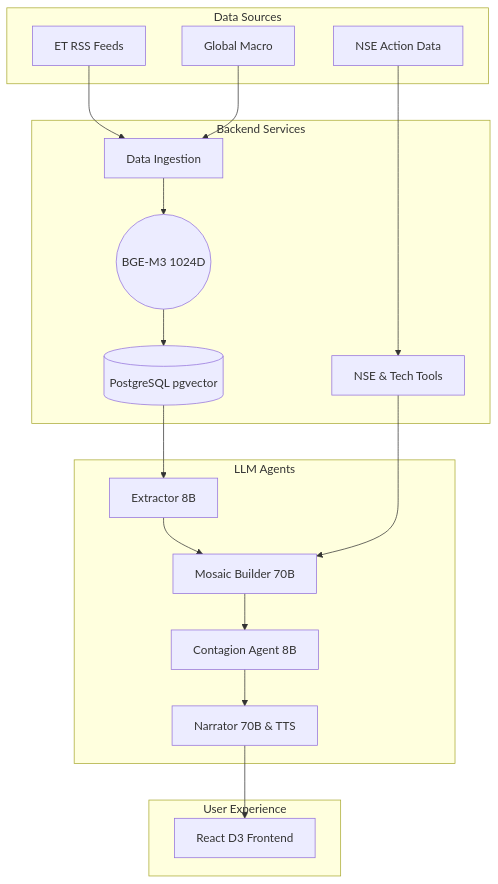
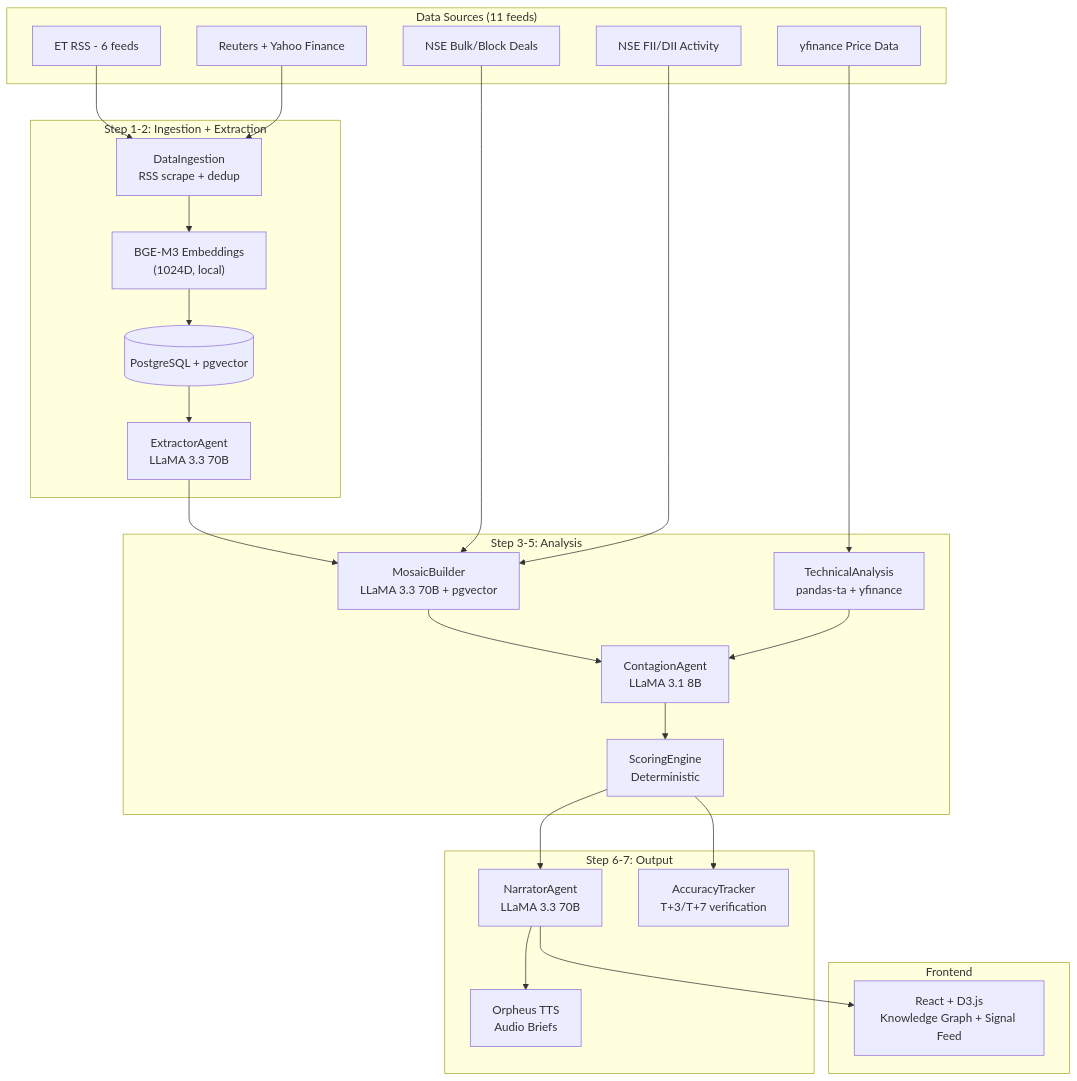
The diagram in README.md (Sid-V5/et-mosaic), drawn with Mermaid before and after one commit. The commit also changed other lines of this file and 55 other files, not shown here.

````diff
--- a/README.md
+++ b/README.md
@@ -12,41 +17,50 @@
 ```mermaid
 graph TD
-    subgraph Data Sources
-        RSS[ET RSS Feeds]
-        Yahoo[Global Macro]
-        NSE[NSE Action Data]
+    subgraph "Data Sources (11 feeds)"
+        RSS[ET RSS - 6 feeds]
+        Global[Reuters + Yahoo Finance]
+        NSE[NSE Bulk/Block Deals]
+        FII[NSE FII/DII Activity]
+        YF[yfinance Price Data]
     end
 
-    subgraph Backend Services
-        Ingest[Data Ingestion]
-        embed((BGE-M3 1024D))
-        pg[(PostgreSQL pgvector)]
-        NSEService[NSE & Tech Tools]
+    subgraph "Step 1-2: Ingestion + Extraction"
+        Ingest[DataIngestion<br/>RSS scrape + dedup]
+        Embed["BGE-M3 Embeddings<br/>(1024D, local)"]
+        PG[(PostgreSQL + pgvector)]
+        Extract["ExtractorAgent<br/>LLaMA 3.3 70B"]
     end
 
-    subgraph LLM Agents
-        Ext[Extractor 8B]
-        Builder[Mosaic Builder 70B]
-        Contagion[Contagion Agent 8B]
-        Narrator[Narrator 70B & TTS]
+    subgraph "Step 3-5: Analysis"
+        Builder["MosaicBuilder<br/>LLaMA 3.3 70B + pgvector"]
+        Contagion["ContagionAgent<br/>LLaMA 3.1 8B"]
+        TA["TechnicalAnalysis<br/>pandas-ta + yfinance"]
+        Scoring["ScoringEngine<br/>Deterministic"]
     end
 
-    subgraph User Experience
-        Frontend[React D3 Frontend]
+    subgraph "Step 6-7: Output"
+        Narrator["NarratorAgent<br/>LLaMA 3.3 70B"]
+        TTS["Orpheus TTS<br/>Audio Briefs"]
+        Accuracy["AccuracyTracker<br/>T+3/T+7 verification"]
+    end
+
+    subgraph "Frontend"
+        React["React + D3.js<br/>Knowledge Graph + Signal Feed"]
     end
 
     RSS --> Ingest
-    Yahoo --> Ingest
-    Ingest --> embed
-    embed --> pg
-
-    pg --> Ext
-    Ext --> Builder
-    NSEService --> Builder
-    NSE --> NSEService
-    
+    Global --> Ingest
+    Ingest --> Embed --> PG
+    PG --> Extract
+    Extract --> Builder
+    NSE --> Builder
+    FII --> Builder
+    YF --> TA
     Builder --> Contagion
-    Contagion --> Narrator
-    
-    Narrator --> Frontend
+    TA --> Contagion
+    Contagion --> Scoring
+    Scoring --> Narrator
+    Narrator --> TTS
+    Narrator --> React
+    Scoring --> Accuracy
 ```
````
